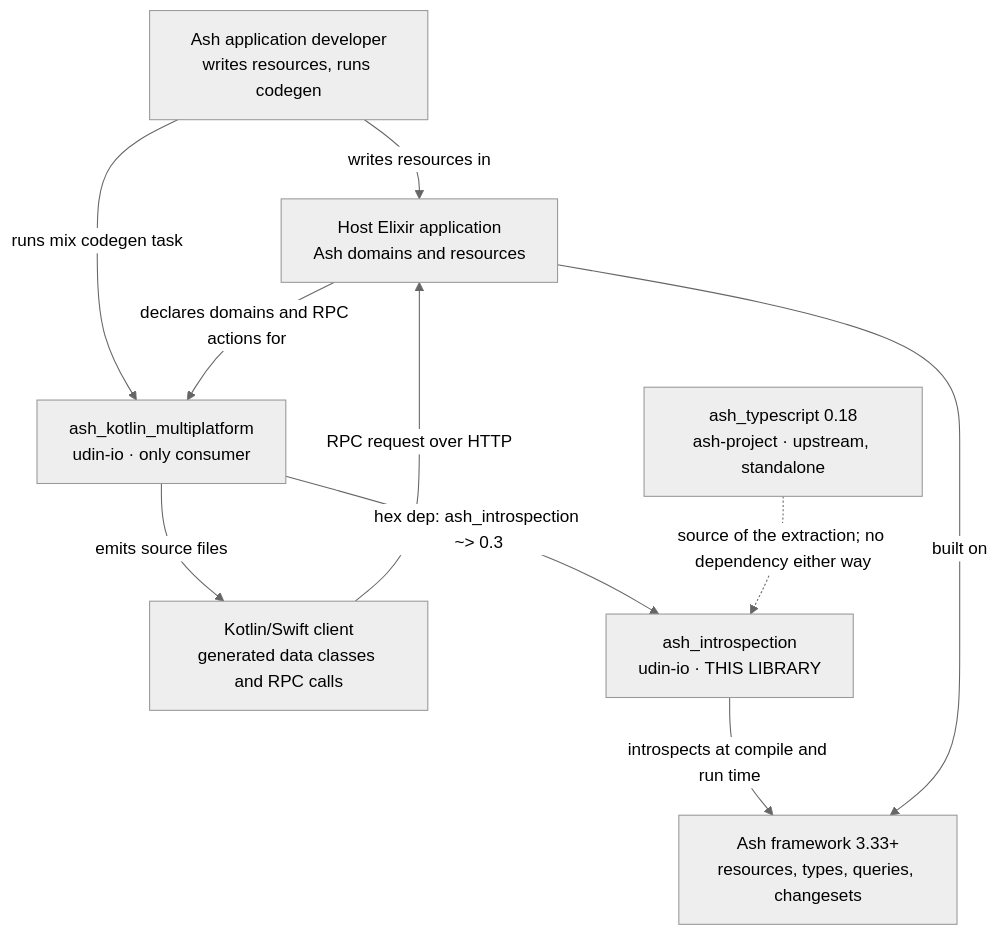
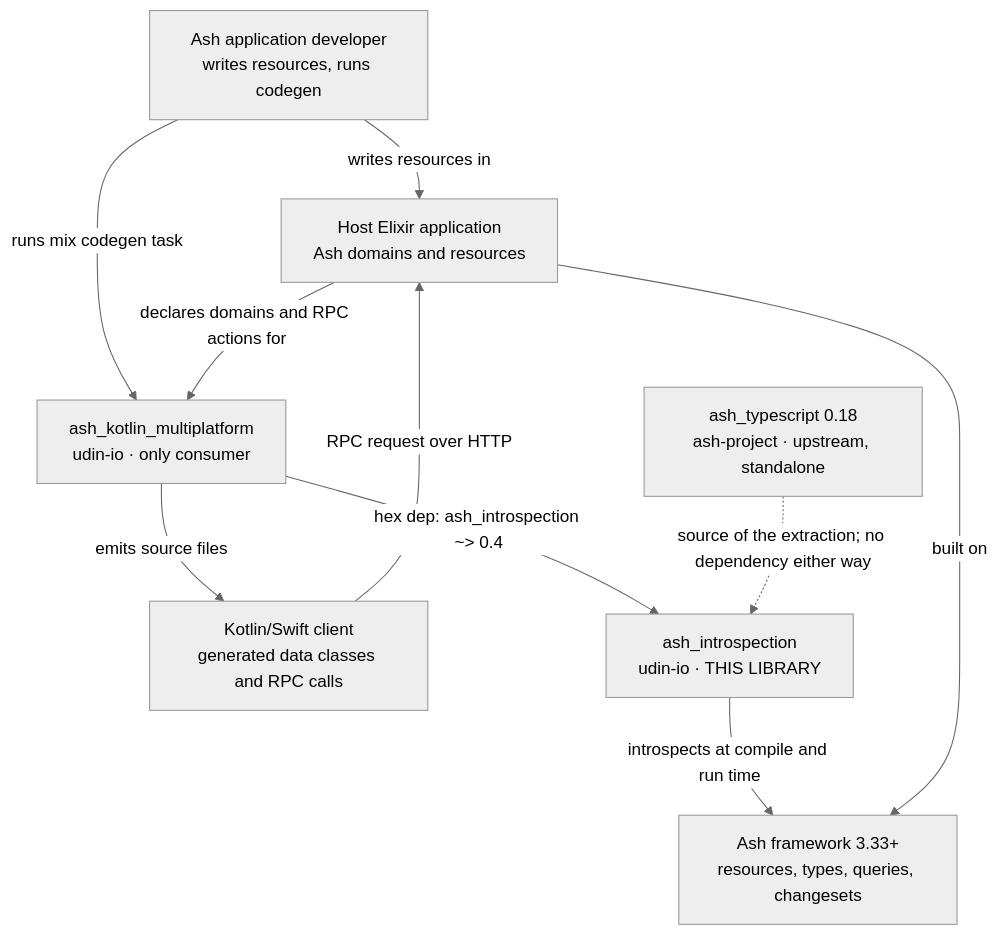
Before and after one commit to udin-io/ash_introspection: the first of 5 diagrams in docs/architecture.md, drawn with Mermaid (neutral theme). The commit also changed other lines of this file and 16 other files, not shown here.

````diff
--- a/docs/architecture.md
+++ b/docs/architecture.md
@@ -22,21 +22,21 @@
 ```mermaid
 flowchart TB
     dev["Ash application developer<br/>writes resources, runs codegen"]
     app["Host Elixir application<br/>Ash domains and resources"]
     kclient["Kotlin/Swift client<br/>generated data classes and RPC calls"]
     ash["Ash framework 3.33+<br/>resources, types, queries, changesets"]
 
     akm["ash_kotlin_multiplatform<br/>udin-io &middot; only consumer"]
     ai["ash_introspection<br/>udin-io &middot; THIS LIBRARY"]
     ats["ash_typescript 0.18<br/>ash-project &middot; upstream, standalone"]
 
     dev -->|"writes resources in"| app
     dev -->|"runs mix codegen task"| akm
     app -->|"declares domains and RPC actions for"| akm
-    akm -->|"hex dep: ash_introspection ~> 0.3"| ai
+    akm -->|"hex dep: ash_introspection ~> 0.4"| ai
     akm -->|"emits source files"| kclient
     kclient -->|"RPC request over HTTP"| app
     ai -->|"introspects at compile and run time"| ash
     app -->|"built on"| ash
     ats -.->|"source of the extraction; no dependency either way"| ai
 ```
````
